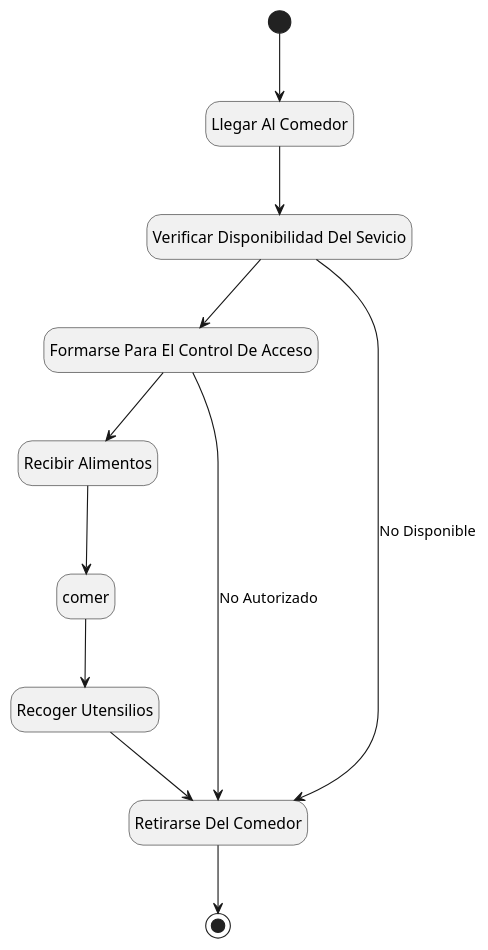
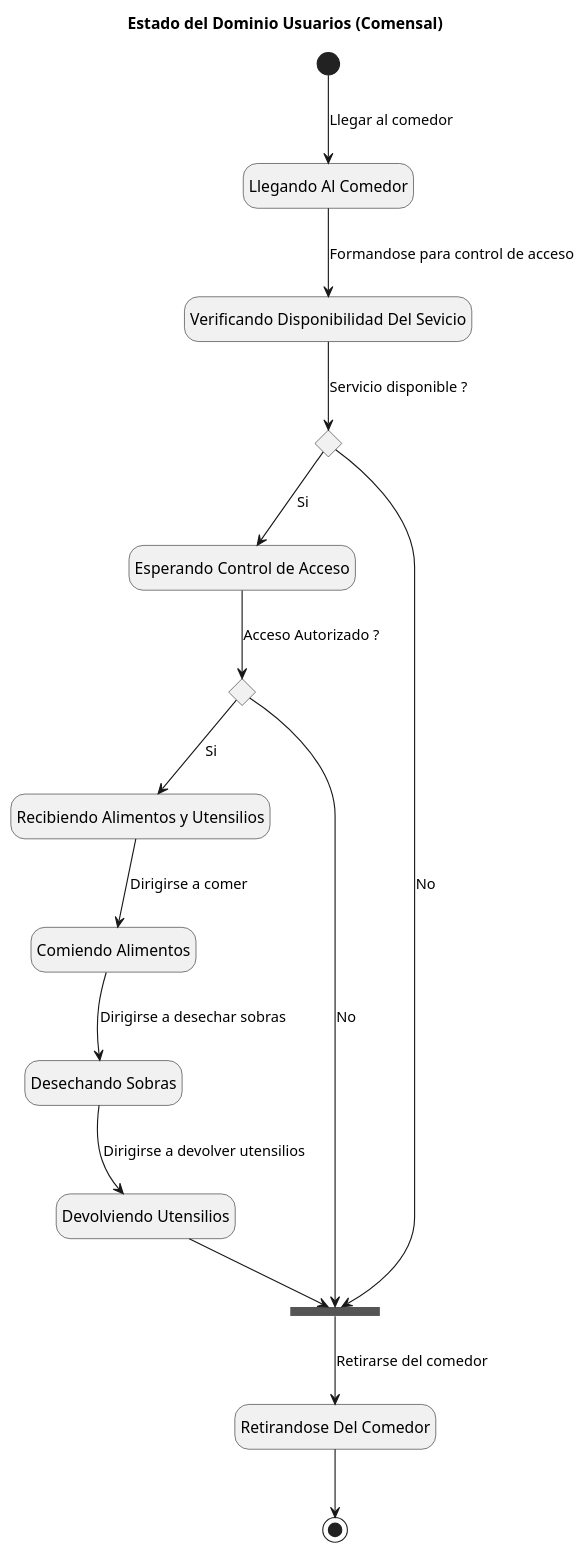
One commit to luisangelaraujo/IS-PROJECT changed the diagram in docs/ModeloDeNegocios/DiagramaDeEstado-Usuario.puml. Above: the diagram before and after it, drawn with PlantUML. The commit also changed 7 other files, not shown here.

Commit message:
Se renombraron los diagramas y se añadieron atributos al diagrama de clases. Se ajustó la estructura de los diagramas de estados, se corrigieron errores y se agregaron las imágenes de los diagramas.

```diff
--- a/docs/ModeloDeNegocios/DiagramaDeEstado-Usuario.puml
+++ b/docs/ModeloDeNegocios/DiagramaDeEstado-Usuario.puml
@@ -1,28 +1,37 @@
-@startuml EstadoDelDominio
+@startuml DiagramaDeEstado-Usuario
 
+title Estado del Dominio Usuarios (Comensal)
 hide empty description
 skinparam classAttributeIconSize 0
 skinparam classOperationIconSize 0
 
 ' estados
-state "Llegar Al Comedor" as llegar
-state "Verificar Disponibilidad Del Sevicio" as verificar
-state "Formarse Para El Control De Acceso" as acceder
-state "Recibir Alimentos" as recibir
-state "comer" as comer
-state "Recoger Utensilios" as recoger
-state "Retirarse Del Comedor" as retirarse
+state "Llegando Al Comedor" as llegando
+state "Verificando Disponibilidad Del Sevicio" as verificando
+state "Esperando Control de Acceso" as esperando
+state "Recibiendo Alimentos y Utensilios" as recibiendo
+state "Comiendo Alimentos" as comiendo
+state "Desechando Sobras" as desechando
+state "Devolviendo Utensilios" as Devolviendo
+state "Retirandose Del Comedor" as retirandose
+state choice_state1 <<choice>> 
+state choice_state2 <<choice>>
+state join_state <<join>>
 
 ' Relaciones
-[*] --> llegar
-llegar --> verificar
-verificar --> retirarse : No Disponible
-verificar --> acceder
-acceder --> retirarse : No Autorizado
-acceder --> recibir
-recibir --> comer
-comer --> recoger
-recoger --> retirarse
-retirarse --> [*]
+[*] --> llegando : Llegar al comedor
+llegando --> verificando : Formandose para control de acceso
+verificando --> choice_state1 : Servicio disponible ?
+choice_state1 --> join_state: No
+choice_state1 --> esperando : Si 
+esperando --> choice_state2 : Acceso Autorizado ?
+choice_state2 --> join_state : No
+choice_state2 --> recibiendo : Si 
+recibiendo --> comiendo : Dirigirse a comer
+comiendo --> desechando : Dirigirse a desechar sobras
+desechando --> Devolviendo : Dirigirse a devolver utensilios
+Devolviendo --> join_state
+join_state --> retirandose : Retirarse del comedor
+retirandose --> [*]
 
 @enduml
```
